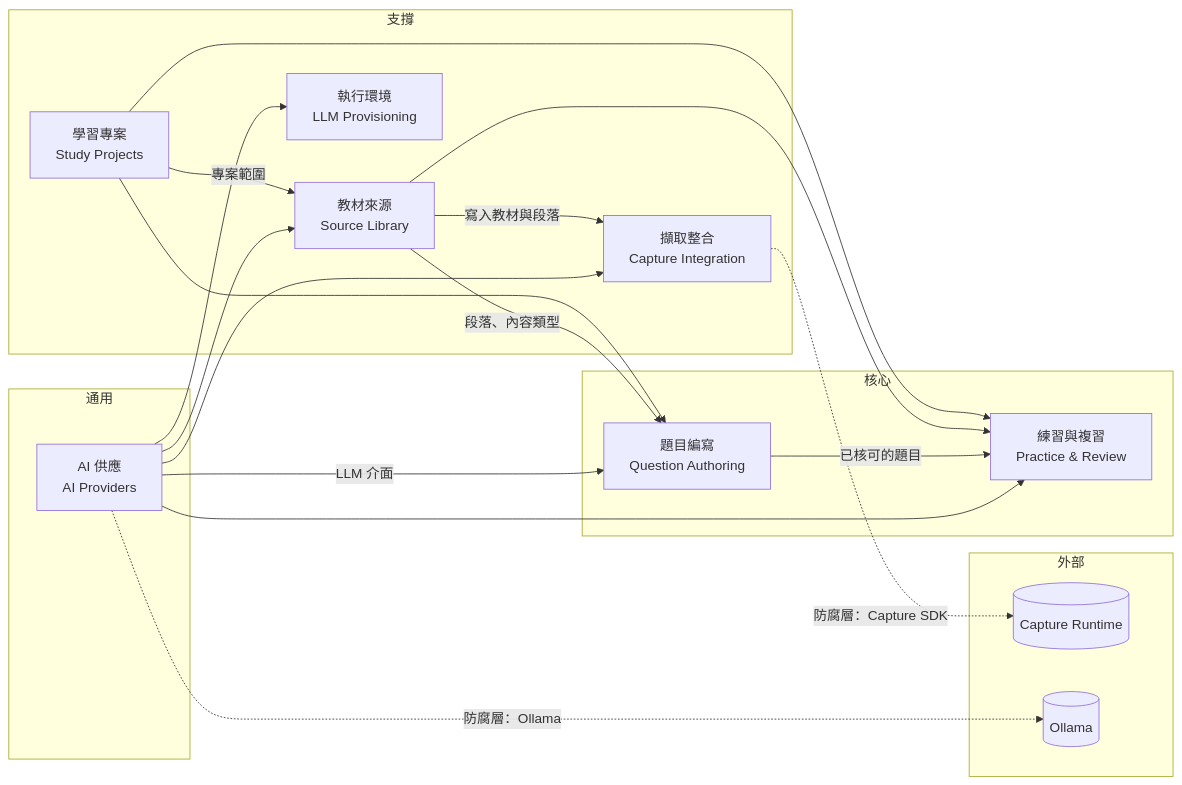
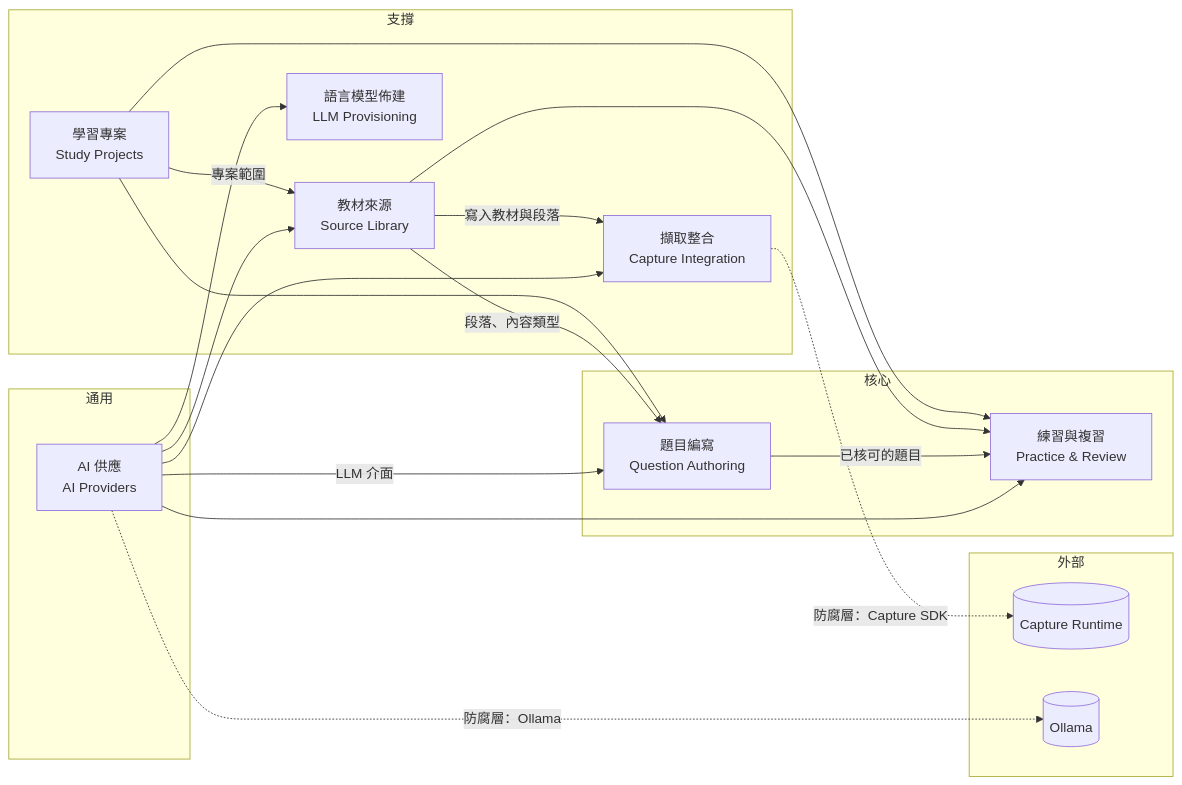
The first of 2 diagrams in .agents/PLANS/ddd-refactor/README.md (WodenWang820118/cert-prep), drawn with Mermaid before and after one commit. The commit also changed other lines of this file and 311 other files, not shown here.

````diff
--- a/.agents/PLANS/ddd-refactor/README.md
+++ b/.agents/PLANS/ddd-refactor/README.md
@@ -35,34 +35,34 @@
 ```mermaid
 flowchart LR
   subgraph 核心
     AUTH["題目編寫<br/>Question Authoring"]
     PRAC["練習與複習<br/>Practice & Review"]
   end
   subgraph 支撐
     PROJ["學習專案<br/>Study Projects"]
     SRC["教材來源<br/>Source Library"]
     CAP["擷取整合<br/>Capture Integration"]
-    RUN["執行環境<br/>LLM Provisioning"]
+    RUN["語言模型佈建<br/>LLM Provisioning"]
   end
   subgraph 通用
     AI["AI 供應<br/>AI Providers"]
   end
   subgraph 外部
     CR[(Capture Runtime)]
     OL[(Ollama)]
   end
   PROJ -- "專案範圍" --> SRC
   PROJ --> AUTH
   PROJ --> PRAC
   SRC -- "段落、內容類型" --> AUTH
   SRC -- "寫入教材與段落" --> CAP
   SRC --> PRAC
   AUTH -- "已核可的題目" --> PRAC
   AI -- "LLM 介面" --> AUTH
   AI --> PRAC
   AI --> CAP
   AI --> SRC
   AI --> RUN
   CAP -. 防腐層：Capture SDK .-> CR
   AI -. 防腐層：Ollama .-> OL
 ```
````
